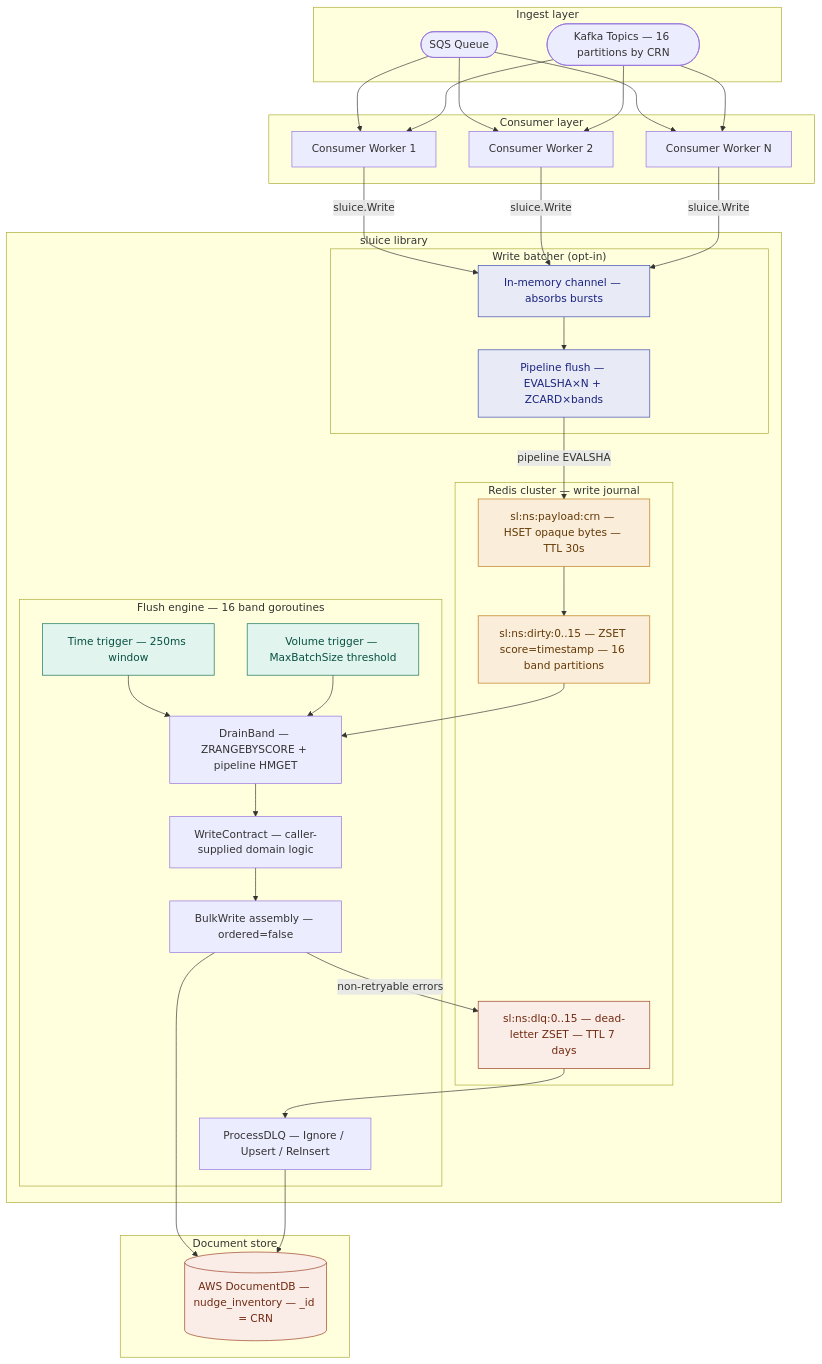
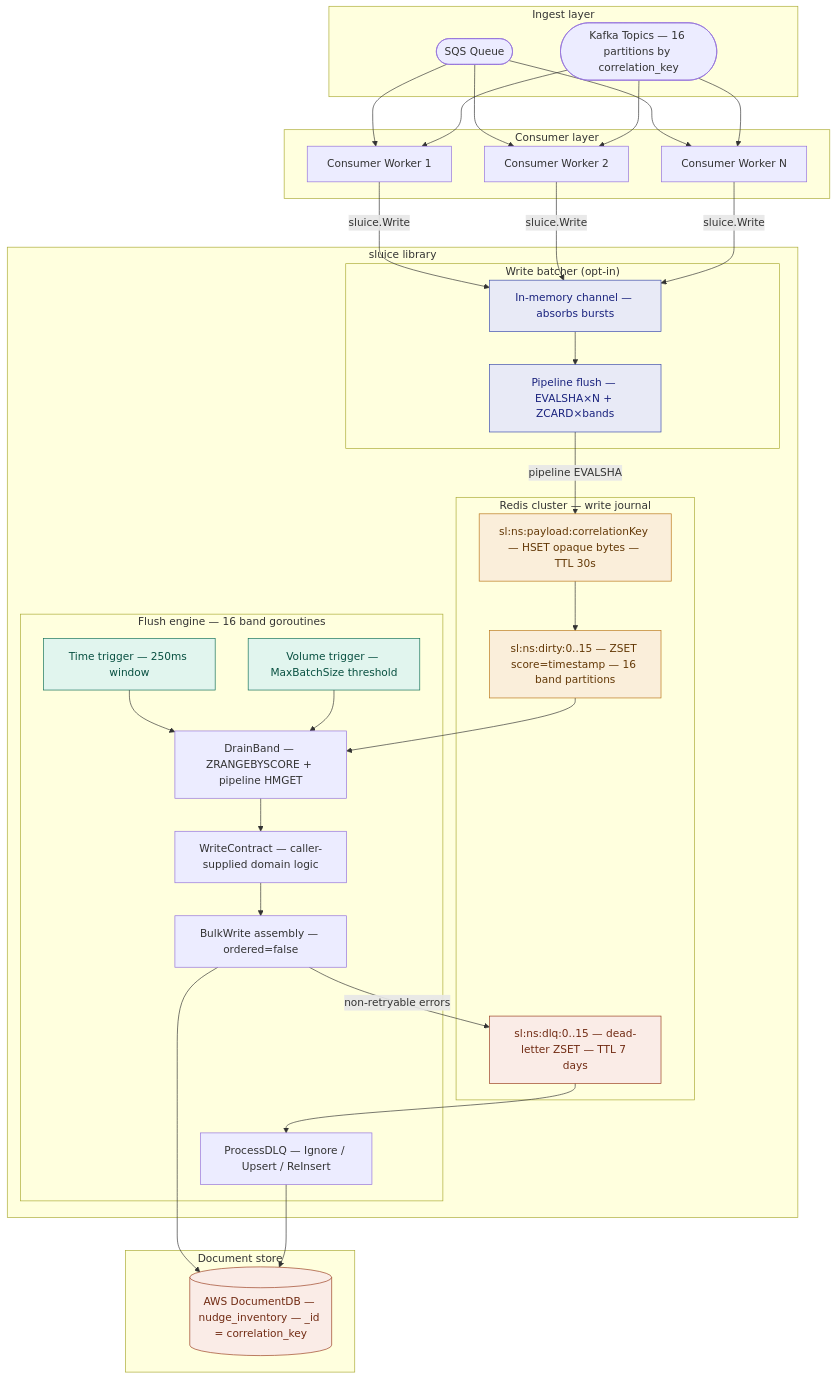
One commit to hussainpithawala/sluice-go changed the eighth of 10 diagrams in README.md. Above: the diagram before and after it, drawn with Mermaid. The commit also changed other lines of this file and 15 other files, not shown here.

First line of the commit message:
refactor(core, examples, tests): replace `crn` with `correlationKey` for consistency

````diff
--- a/README.md
+++ b/README.md
@@ -249,68 +249,68 @@
 ```mermaid
 flowchart TD
     subgraph Ingest ["Ingest layer"]
         SQS([SQS Queue])
-        KAF(["Kafka Topics — 16 partitions by CRN"])
+        KAF(["Kafka Topics — 16 partitions by correlation_key"])
     end
 
     subgraph Consumers ["Consumer layer"]
         CW1[Consumer Worker 1]
         CW2[Consumer Worker 2]
         CWN[Consumer Worker N]
     end
 
     subgraph Library ["sluice library"]
         subgraph Journal ["Redis cluster — write journal"]
-            PH["sl:ns:payload:crn — HSET opaque bytes — TTL 30s"]
+            PH["sl:ns:payload:correlationKey — HSET opaque bytes — TTL 30s"]
             DS["sl:ns:dirty:0..15 — ZSET score=timestamp — 16 band partitions"]
             DLQ["sl:ns:dlq:0..15 — dead-letter ZSET — TTL 7 days"]
         end
         subgraph Batcher ["Write batcher (opt-in)"]
             BC["In-memory channel — absorbs bursts"]
             BP["Pipeline flush — EVALSHA×N + ZCARD×bands"]
         end
         subgraph Engine ["Flush engine — 16 band goroutines"]
             TT["Time trigger — 250ms window"]
             VT["Volume trigger — MaxBatchSize threshold"]
             DR["DrainBand — ZRANGEBYSCORE + pipeline HMGET"]
             WC["WriteContract — caller-supplied domain logic"]
             BW["BulkWrite assembly — ordered=false"]
             DLP["ProcessDLQ — Ignore / Upsert / ReInsert"]
         end
     end
 
     subgraph Store ["Document store"]
-        DB[("AWS DocumentDB — nudge_inventory — _id = CRN")]
+        DB[("AWS DocumentDB — nudge_inventory — _id = correlation_key")]
     end
 
     SQS --> CW1
     SQS --> CW2
     SQS --> CWN
     KAF --> CW1
     KAF --> CW2
     KAF --> CWN
     CW1 -->|"sluice.Write"| BC
     CW2 -->|"sluice.Write"| BC
     CWN -->|"sluice.Write"| BC
     BC --> BP
     BP -->|"pipeline EVALSHA"| PH
     PH --> DS
     TT --> DR
     VT --> DR
     DS --> DR
     DR --> WC
     WC --> BW
     BW -->|"non-retryable errors"| DLQ
     BW --> DB
     DLQ --> DLP
     DLP --> DB
 
     style PH fill:#FAEEDA,stroke:#BA7517,color:#633806
     style DS fill:#FAEEDA,stroke:#BA7517,color:#633806
     style DLQ fill:#FAECE7,stroke:#993C1D,color:#712B13
     style DB fill:#FAECE7,stroke:#993C1D,color:#712B13
     style TT fill:#E1F5EE,stroke:#0F6E56,color:#085041
     style VT fill:#E1F5EE,stroke:#0F6E56,color:#085041
     style BC fill:#E8EAF6,stroke:#3949AB,color:#1A237E
     style BP fill:#E8EAF6,stroke:#3949AB,color:#1A237E
 ```
````
